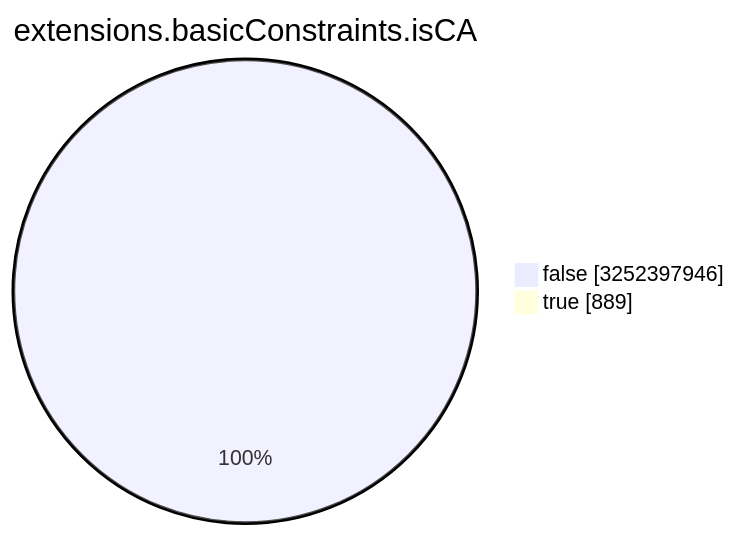
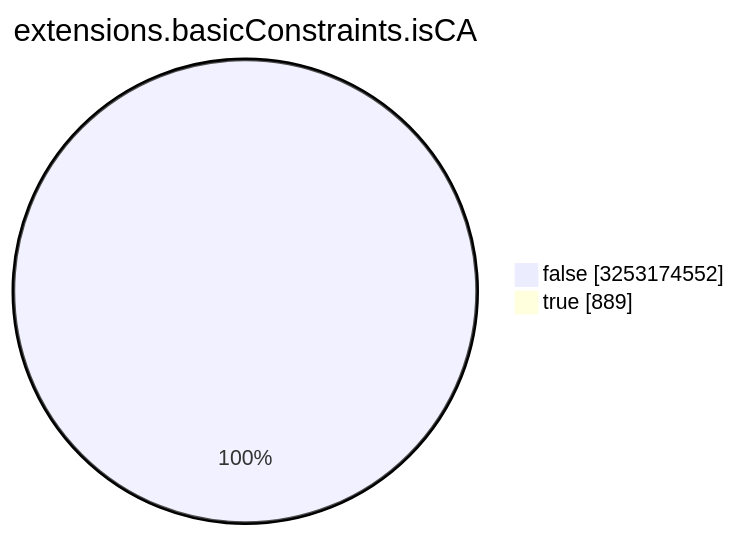
The seventh of 15 diagrams in TOTAL/README.md (christiankrug/ctmonitor_visualization), drawn with Mermaid before and after one commit. The commit also changed other lines of this file, not shown here.

````diff
--- a/TOTAL/README.md
+++ b/TOTAL/README.md
@@ -3088,6 +3088,6 @@
 ```mermaid
 pie showData
 title extensions.basicConstraints.isCA
-"false" :3252397946
+"false" :3253174552
 "true" :889
 ```
````
